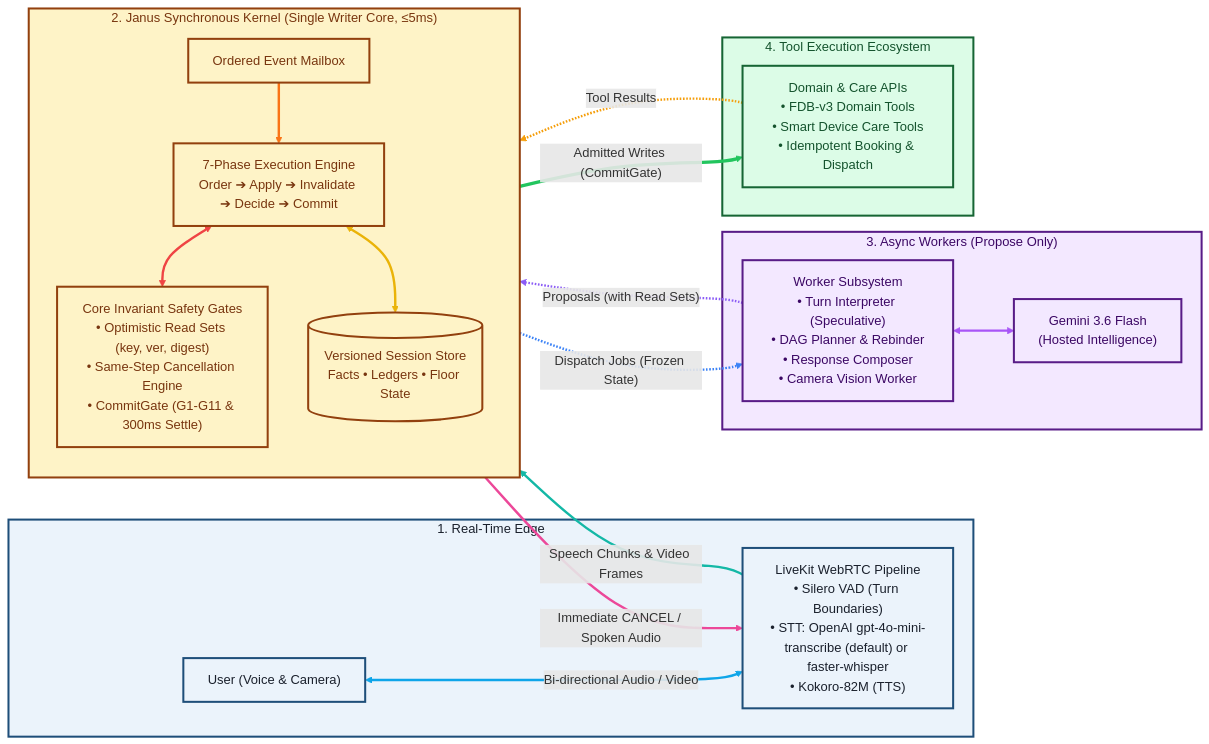
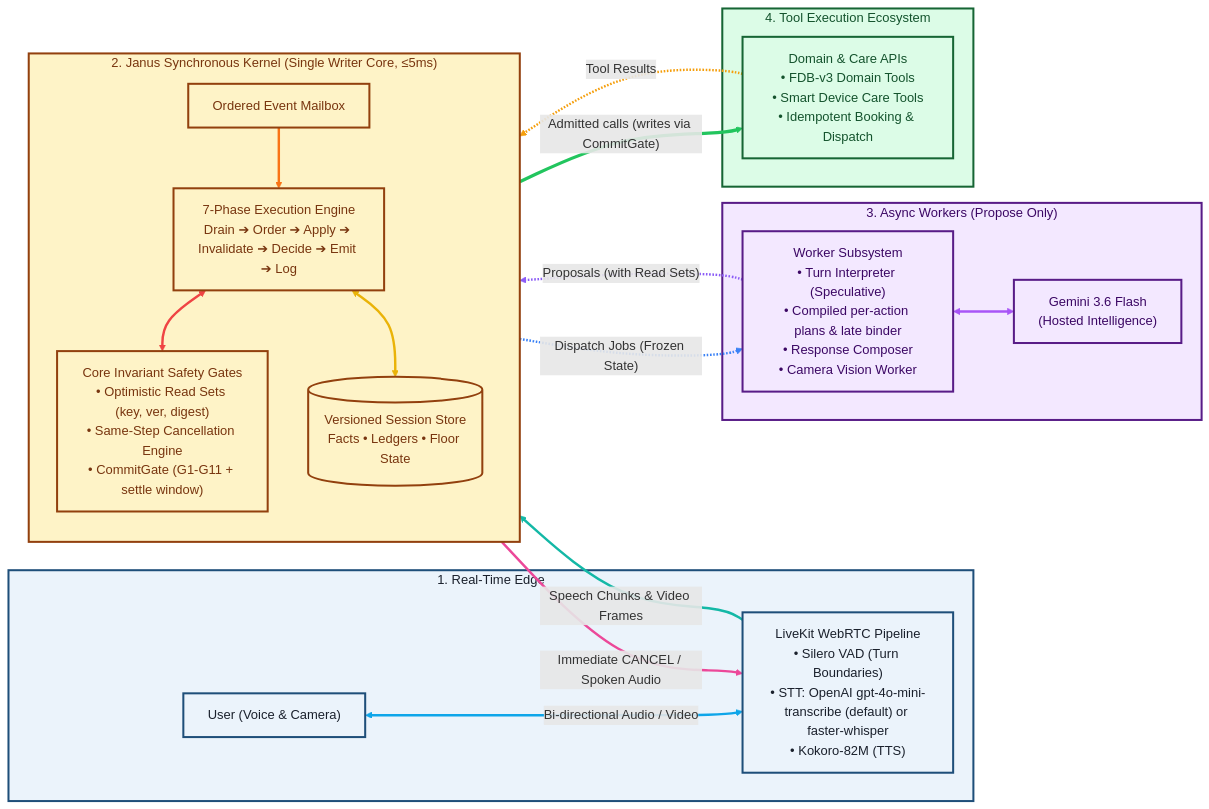
One commit to AdithyaSanthosh-P/Janus changed the second of 2 diagrams in README.md. Above: the diagram before and after it, drawn with Mermaid. The commit also changed other lines of this file and 2 other files, not shown here.

First line of the commit message:
docs(readme): why the architecture exists, a correction sequence diagram, accurate diagrams

````diff
--- a/README.md
+++ b/README.md
@@ -50,81 +97,81 @@
 ```mermaid
 flowchart LR
 %% -------------------------------------------------
 %% STYLING / THEME
 %% -------------------------------------------------
 classDef edgeStyle fill:#EBF3FB,stroke:#1E4E79,stroke-width:2.5px,color:#1A202C;
 classDef kernelStyle fill:#FEF3C7,stroke:#92400E,stroke-width:2.5px,color:#78350F;
 classDef workerStyle fill:#F3E8FF,stroke:#581C87,stroke-width:2.5px,color:#3B0764;
 classDef toolStyle fill:#DCFCE7,stroke:#166534,stroke-width:2.5px,color:#14532D;
 
 %% -------------------------------------------------
 %% 1. REAL-TIME MEDIA EDGE
 %% -------------------------------------------------
 subgraph Edge["1. Real-Time Edge"]
     User["User (Voice & Camera)"]
     LiveKit["LiveKit WebRTC Pipeline<br/>• Silero VAD (Turn Boundaries)<br/>• STT: OpenAI gpt-4o-mini-transcribe (default) or faster-whisper<br/>• Kokoro-82M (TTS)"]
     User <-->|"Bi-directional Audio / Video"| LiveKit
 end
 class Edge,User,LiveKit edgeStyle;
 
 %% -------------------------------------------------
 %% 2. JANUS SYNCHRONOUS KERNEL
 %% -------------------------------------------------
 subgraph Kernel["2. Janus Synchronous Kernel (Single Writer Core, &le;5ms)"]
     direction TB
     Mailbox["Ordered Event Mailbox"]
-    Engine["7-Phase Execution Engine<br/>Order ➔ Apply ➔ Invalidate ➔ Decide ➔ Commit"]
-    Safety["Core Invariant Safety Gates<br/>• Optimistic Read Sets (key, ver, digest)<br/>• Same-Step Cancellation Engine<br/>• CommitGate (G1-G11 & 300ms Settle)"]
+    Engine["7-Phase Execution Engine<br/>Drain ➔ Order ➔ Apply ➔ Invalidate ➔ Decide ➔ Emit ➔ Log"]
+    Safety["Core Invariant Safety Gates<br/>• Optimistic Read Sets (key, ver, digest)<br/>• Same-Step Cancellation Engine<br/>• CommitGate (G1-G11 + settle window)"]
     Store[("Versioned Session Store<br/>Facts • Ledgers • Floor State")]
 
     Mailbox --> Engine
     Engine <--> Safety
     Engine <--> Store
 end
 class Kernel,Mailbox,Engine,Safety,Store kernelStyle;
 
 %% -------------------------------------------------
 %% 3. ASYNC WORKERS & LLM
 %% -------------------------------------------------
 subgraph Workers["3. Async Workers (Propose Only)"]
-    WorkerPool["Worker Subsystem<br/>• Turn Interpreter (Speculative)<br/>• DAG Planner & Rebinder<br/>• Response Composer<br/>• Camera Vision Worker"]
+    WorkerPool["Worker Subsystem<br/>• Turn Interpreter (Speculative)<br/>• Compiled per-action plans & late binder<br/>• Response Composer<br/>• Camera Vision Worker"]
     LLM["Gemini 3.6 Flash<br/>(Hosted Intelligence)"]
     WorkerPool <--> LLM
 end
 class Workers,WorkerPool,LLM workerStyle;
 
 %% -------------------------------------------------
 %% 4. TOOLS & SAMSUNG EXTENSION
 %% -------------------------------------------------
 subgraph Ecosystem["4. Tool Execution Ecosystem"]
     Tools["Domain & Care APIs<br/>• FDB-v3 Domain Tools<br/>• Smart Device Care Tools<br/>• Idempotent Booking & Dispatch"]
 end
 class Ecosystem,Tools toolStyle;
 
 %% -------------------------------------------------
 %% CROSS-LAYER FLOWS
 %% -------------------------------------------------
 LiveKit -->|"Speech Chunks & Video Frames"| Mailbox
 Engine -->|"Immediate CANCEL / Spoken Audio"| LiveKit
 
 Engine -.->|"Dispatch Jobs (Frozen State)"| WorkerPool
 WorkerPool -.->|"Proposals (with Read Sets)"| Mailbox
 
-Engine ==>|"Admitted Writes (CommitGate)"| Tools
+Engine ==>|"Admitted calls (writes via CommitGate)"| Tools
 Tools -.->|"Tool Results"| Mailbox
 
 %% -------------------------------------------------
 %% LINE COLORS (bold, visible in light + dark mode)
 %% -------------------------------------------------
 linkStyle 0 stroke:#0EA5E9,stroke-width:3px;
 linkStyle 1 stroke:#F97316,stroke-width:3px;
 linkStyle 2 stroke:#EF4444,stroke-width:3px;
 linkStyle 3 stroke:#EAB308,stroke-width:3px;
 linkStyle 4 stroke:#A855F7,stroke-width:3px;
 linkStyle 5 stroke:#14B8A6,stroke-width:3px;
 linkStyle 6 stroke:#EC4899,stroke-width:3px;
 linkStyle 7 stroke:#3B82F6,stroke-width:3px;
 linkStyle 8 stroke:#8B5CF6,stroke-width:3px;
 linkStyle 9 stroke:#22C55E,stroke-width:4px;
 linkStyle 10 stroke:#F59E0B,stroke-width:3px;
 ```
````
